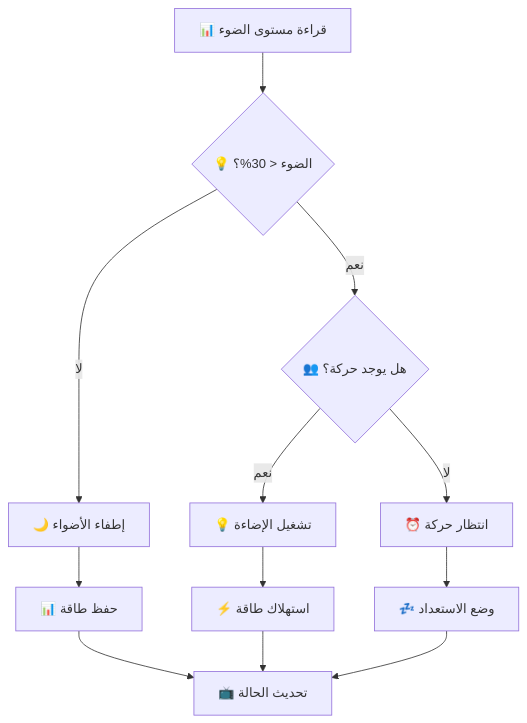
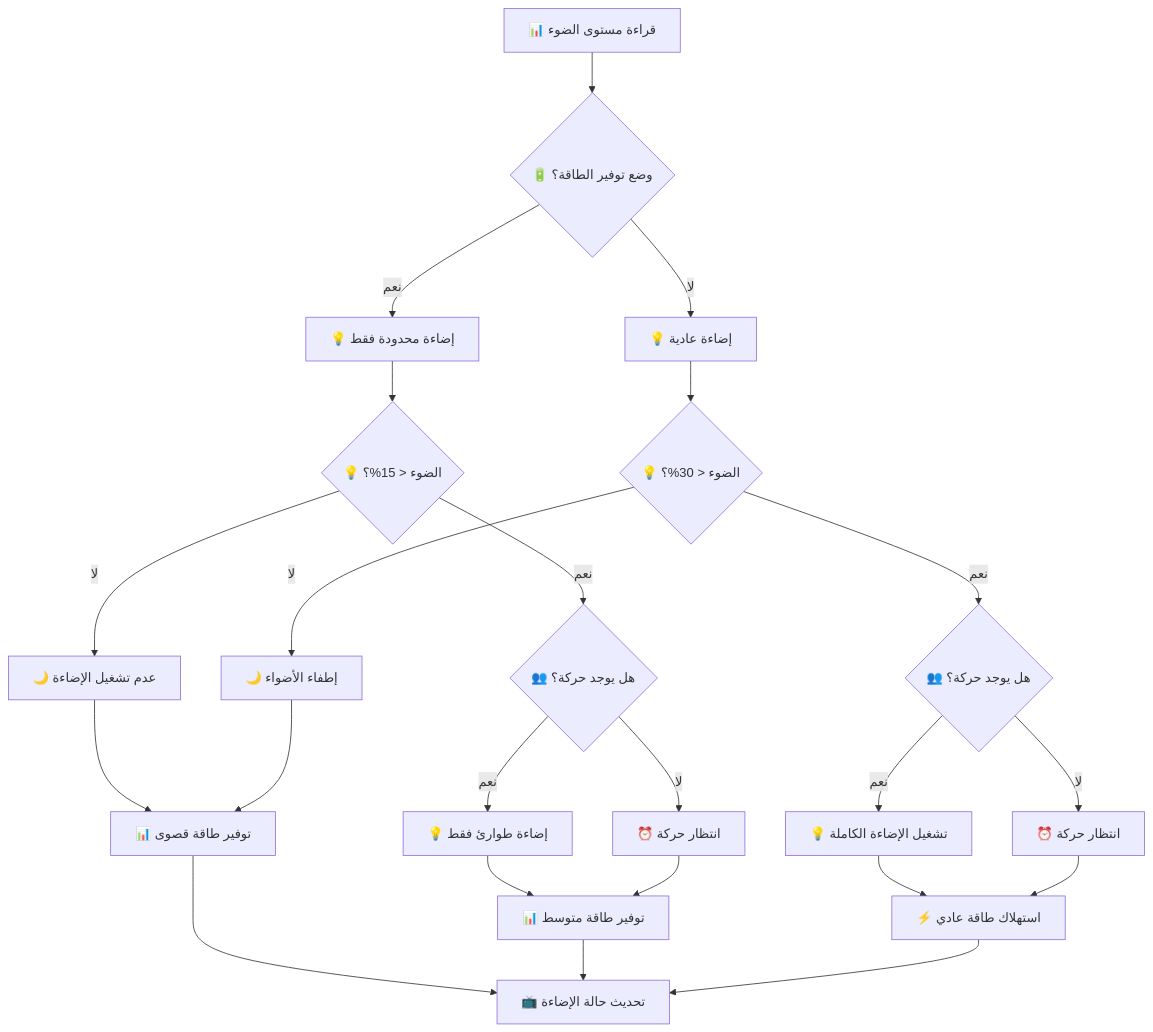
One commit to AOTBGEEK/eng changed the fourth of 8 diagrams in 08-code-flowchart.md. Above: the diagram before and after it, drawn with Mermaid. The commit also changed other lines of this file and 6 other files, not shown here.

````diff
--- a/08-code-flowchart.md
+++ b/08-code-flowchart.md
@@ -161,14 +323,32 @@
 ```mermaid
 flowchart TD
-    A[📊 قراءة مستوى الضوء] --> B{💡 الضوء < 30%؟}
-    B -->|نعم| C{👥 هل يوجد حركة؟}
-    B -->|لا| D[🌙 إطفاء الأضواء]
-    C -->|نعم| E[💡 تشغيل الإضاءة]
-    C -->|لا| F[⏰ انتظار حركة]
-    D --> G[📊 حفظ طاقة]
-    E --> H[⚡ استهلاك طاقة]
-    F --> I[💤 وضع الاستعداد]
-    G --> J[📺 تحديث الحالة]
-    H --> J
-    I --> J
+    A[📊 قراءة مستوى الضوء] --> B{🔋 وضع توفير الطاقة؟}
+    B -->|نعم| C[💡 إضاءة محدودة فقط]
+    B -->|لا| D[💡 إضاءة عادية]
+    
+    C --> E{💡 الضوء < 15%؟}
+    D --> F{💡 الضوء < 30%؟}
+    
+    E -->|نعم| G{👥 هل يوجد حركة؟}
+    E -->|لا| H[🌙 عدم تشغيل الإضاءة]
+    
+    F -->|نعم| I{👥 هل يوجد حركة؟}
+    F -->|لا| J[🌙 إطفاء الأضواء]
+    
+    G -->|نعم| K[💡 إضاءة طوارئ فقط]
+    G -->|لا| L[⏰ انتظار حركة]
+    
+    I -->|نعم| M[💡 تشغيل الإضاءة الكاملة]
+    I -->|لا| N[⏰ انتظار حركة]
+    
+    H --> O[📊 توفير طاقة قصوى]
+    J --> O
+    K --> P[📊 توفير طاقة متوسط]
+    L --> P
+    M --> Q[⚡ استهلاك طاقة عادي]
+    N --> Q
+    
+    O --> R[📺 تحديث حالة الإضاءة]
+    P --> R
+    Q --> R
 ```
````
